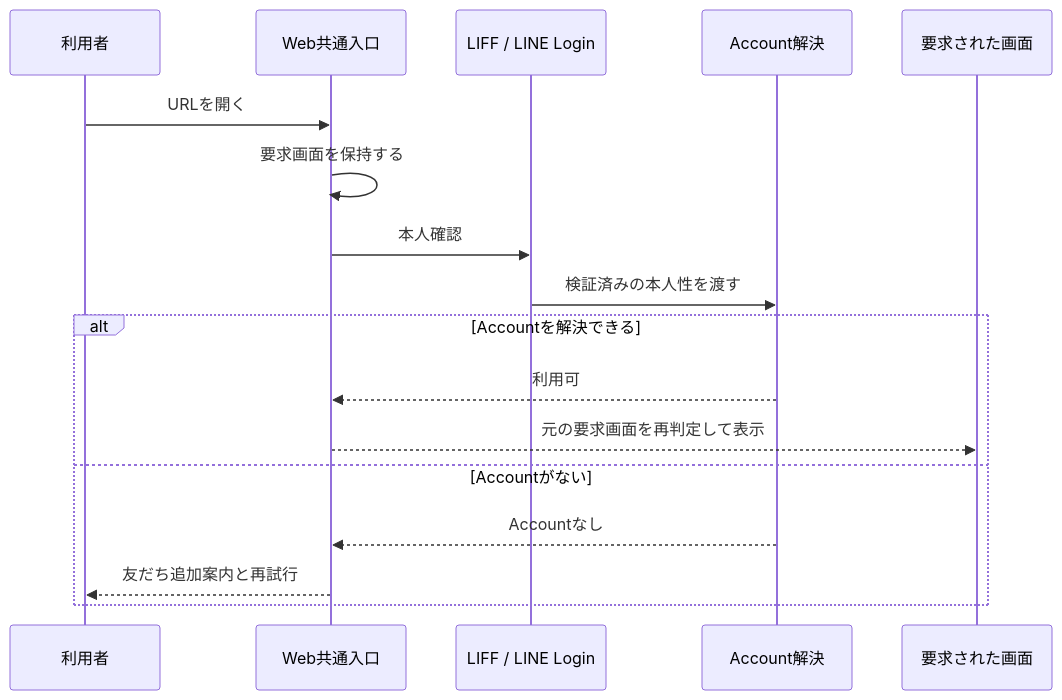
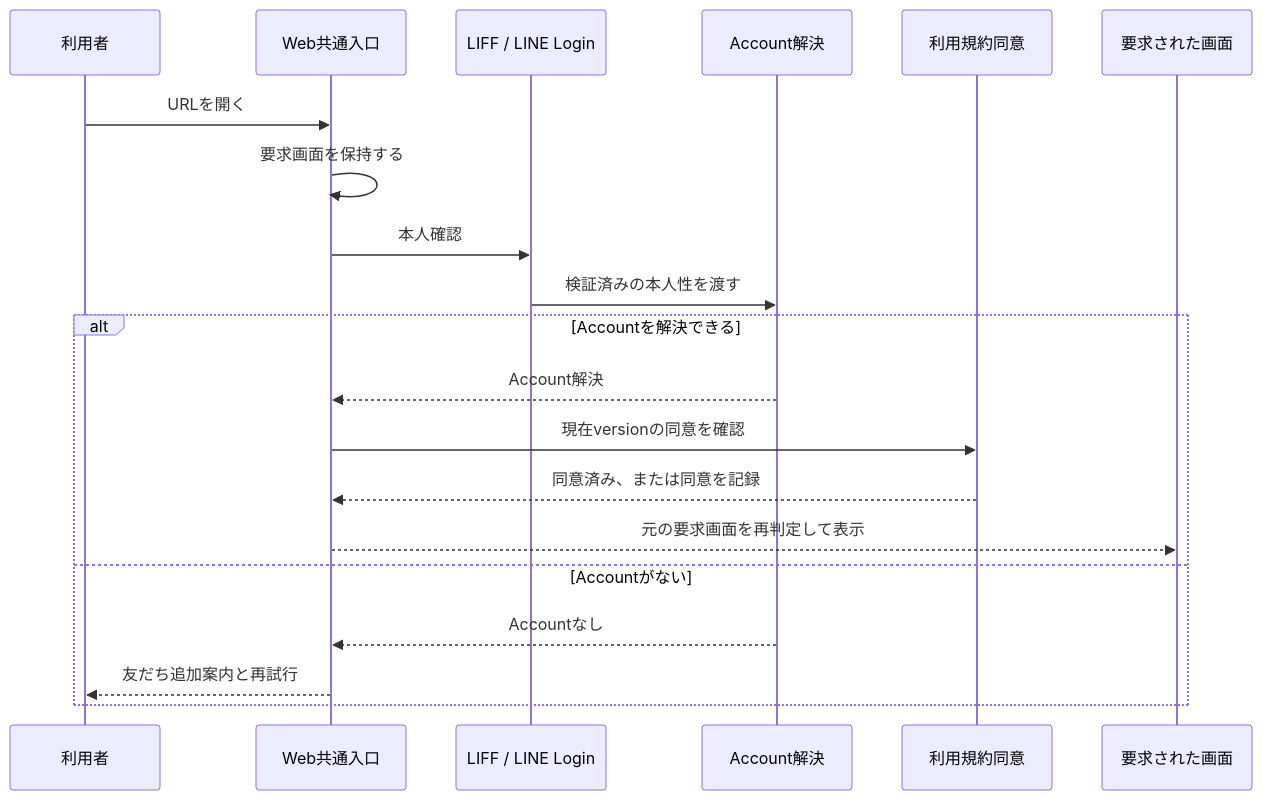
One commit to kkyosuke/me-builder changed the sixth of 7 diagrams in docs/product/screen-navigation.md. Above: the diagram before and after it, drawn with Mermaid. The commit also changed other lines of this file and 52 other files, not shown here.

````diff
--- a/docs/product/screen-navigation.md
+++ b/docs/product/screen-navigation.md
@@ -237,20 +237,23 @@
 ```mermaid
 sequenceDiagram
     participant U as 利用者
     participant E as Web共通入口
     participant L as LIFF / LINE Login
     participant A as Account解決
+    participant T as 利用規約同意
     participant S as 要求された画面
 
     U->>E: URLを開く
     E->>E: 要求画面を保持する
     E->>L: 本人確認
     L->>A: 検証済みの本人性を渡す
     alt Accountを解決できる
-        A-->>E: 利用可
+        A-->>E: Account解決
+        E->>T: 現在versionの同意を確認
+        T-->>E: 同意済み、または同意を記録
         E-->>S: 元の要求画面を再判定して表示
     else Accountがない
         A-->>E: Accountなし
         E-->>U: 友だち追加案内と再試行
     end
 ```
````
